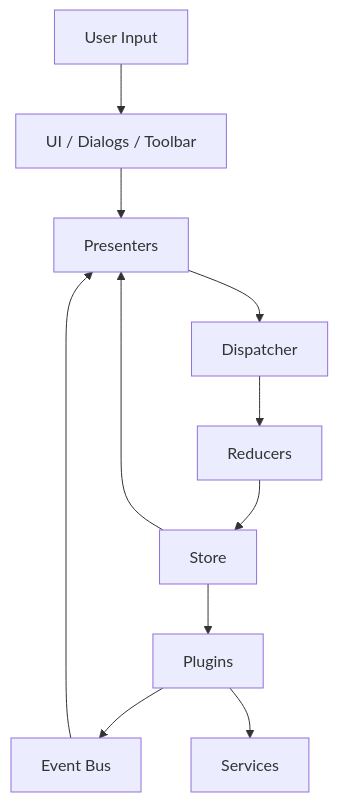
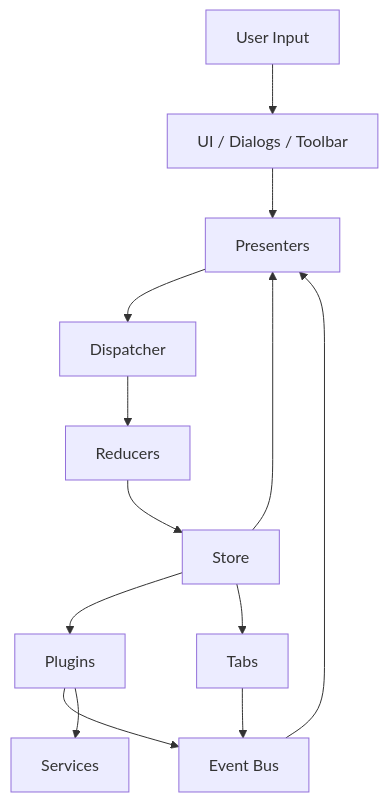
The second of 6 diagrams in docs/dev/ARCHITECTURE.md (Loganavter/Improve-ImgSLI), drawn with Mermaid before and after one commit. The commit also changed other lines of this file and 1273 other files, not shown here.

````diff
--- a/docs/dev/ARCHITECTURE.md
+++ b/docs/dev/ARCHITECTURE.md
@@ -30,13 +34,15 @@
 ```mermaid
 flowchart TB
     User["User Input"] --> UI["UI / Dialogs / Toolbar"]
     UI --> Presenters["Presenters"]
     Presenters --> Dispatcher["Dispatcher"]
     Dispatcher --> Reducers["Reducers"]
     Reducers --> Store["Store"]
     Store --> Presenters
     Store --> Plugins["Plugins"]
+    Store --> Tabs["Tabs"]
     Plugins --> EventBus["Event Bus"]
+    Tabs --> EventBus
     EventBus --> Presenters
     Plugins --> Services["Services"]
 ```
````
